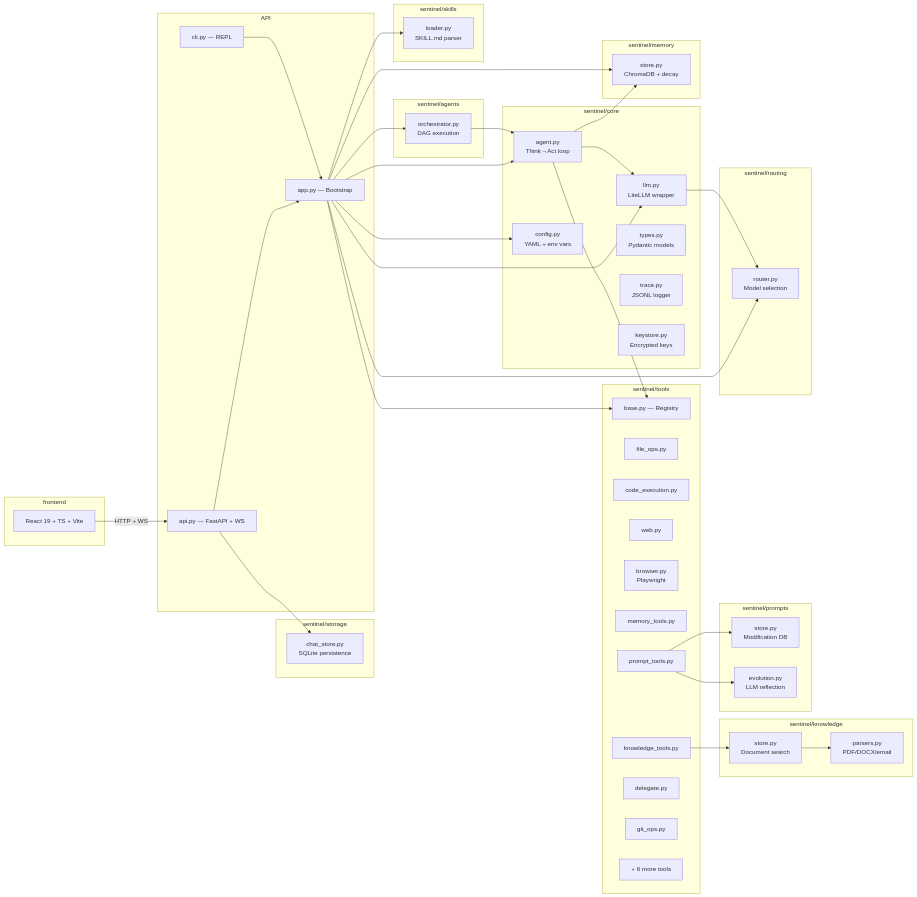
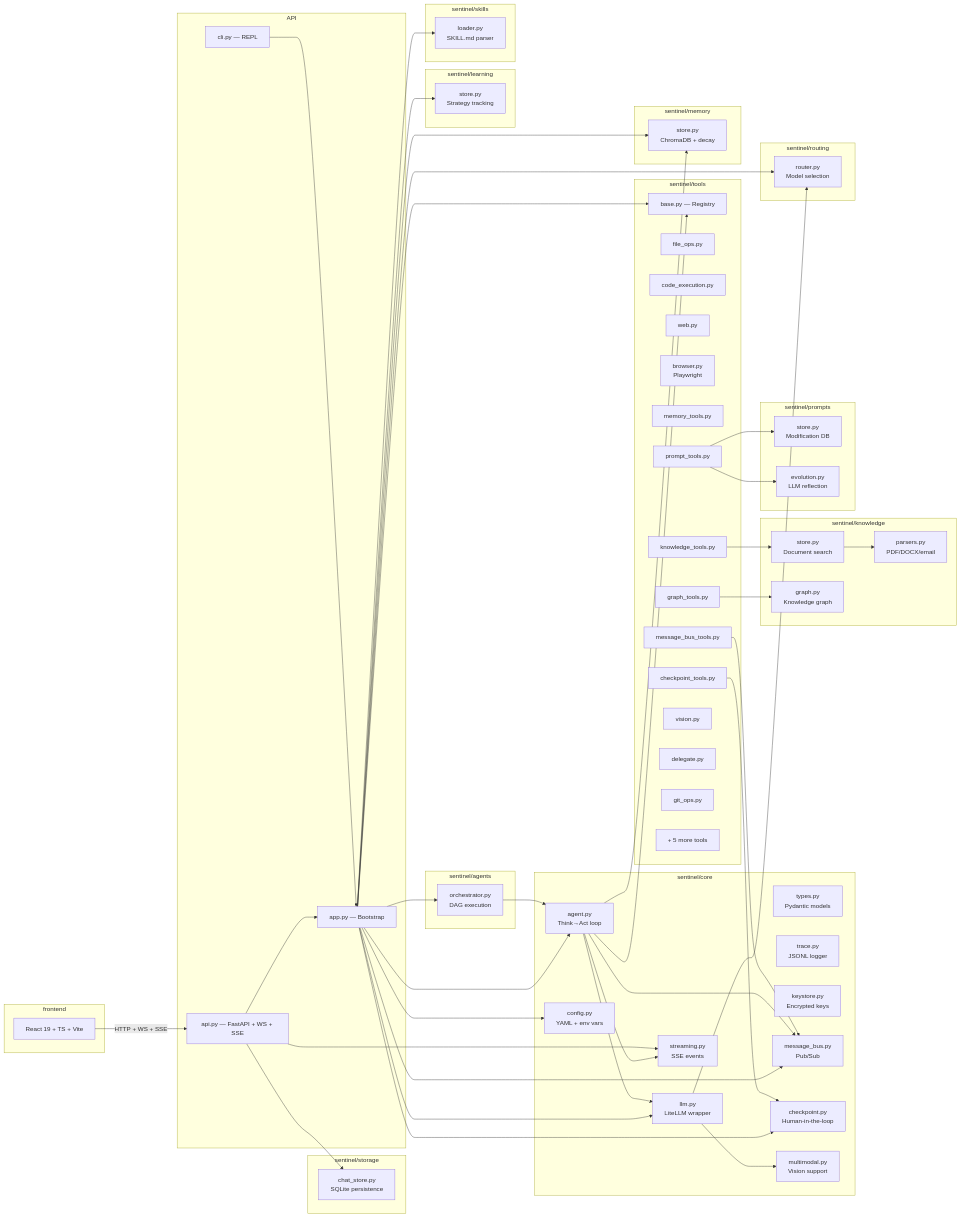
The tenth of 10 diagrams in README.md (davidecampman/Cadence), drawn with Mermaid before and after one commit. The commit also changed other lines of this file, not shown here.

First line of the commit message:
Update README with 6 new features and architecture diagrams

````diff
--- a/README.md
+++ b/README.md
@@ -192,6 +347,10 @@
         types[types.py<br/>Pydantic models]
         trace[trace.py<br/>JSONL logger]
         keystore[keystore.py<br/>Encrypted keys]
+        message_bus[message_bus.py<br/>Pub/Sub]
+        streaming[streaming.py<br/>SSE events]
+        checkpoint[checkpoint.py<br/>Human-in-the-loop]
+        multimodal[multimodal.py<br/>Vision support]
     end
 
     subgraph sentinel/agents
@@ -206,10 +365,14 @@
         browser_tool[browser.py<br/>Playwright]
         mem_tools[memory_tools.py]
         kb_tools[knowledge_tools.py]
+        graph_tools[graph_tools.py]
         prompt_tools[prompt_tools.py]
+        bus_tools[message_bus_tools.py]
+        cp_tools[checkpoint_tools.py]
+        vision_tools[vision.py]
         delegate[delegate.py]
         git[git_ops.py]
-        other[+ 6 more tools]
+        other[+ 5 more tools]
     end
 
     subgraph sentinel/memory
@@ -219,6 +382,11 @@
     subgraph sentinel/knowledge
         kbstore[store.py<br/>Document search]
         parsers[parsers.py<br/>PDF/DOCX/email]
+        kg[graph.py<br/>Knowledge graph]
+    end
+
+    subgraph sentinel/learning
+        learn_store[store.py<br/>Strategy tracking]
     end
 
     subgraph sentinel/prompts
@@ -239,7 +407,7 @@
     end
 
     subgraph API
-        api[api.py — FastAPI + WS]
+        api[api.py — FastAPI + WS + SSE]
         app[app.py — Bootstrap]
         cli[cli.py — REPL]
     end
@@ -248,14 +416,17 @@
         react[React 19 + TS + Vite]
     end
 
-    app --> orch & agent & config & llm & memstore & router & loader & base
+    app --> orch & agent & config & llm & memstore & router & loader & base & message_bus & checkpoint & learn_store
     orch --> agent
-    agent --> llm & base & memstore
-    llm --> router
+    agent --> llm & base & memstore & message_bus & streaming
+    llm --> router & multimodal
     kb_tools --> kbstore
+    graph_tools --> kg
     kbstore --> parsers
     prompt_tools --> prompt_store & evolution
-    api --> app & chat_store
+    bus_tools --> message_bus
+    cp_tools --> checkpoint
+    api --> app & chat_store & streaming
     cli --> app
-    react -->|HTTP + WS| api
+    react -->|HTTP + WS + SSE| api
 ```
````
